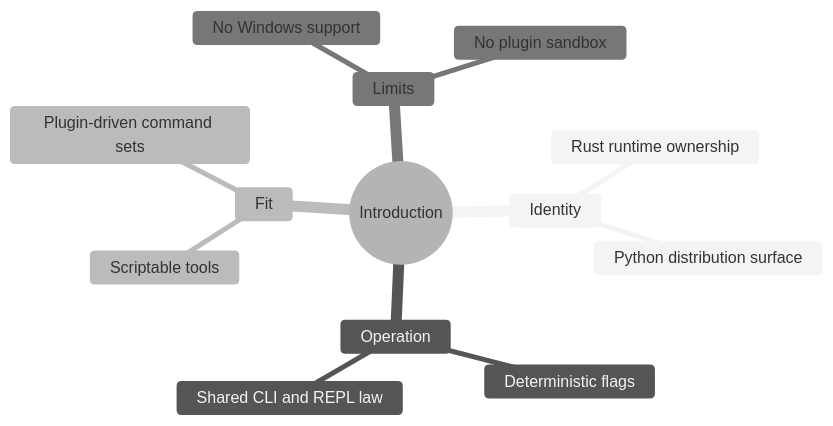
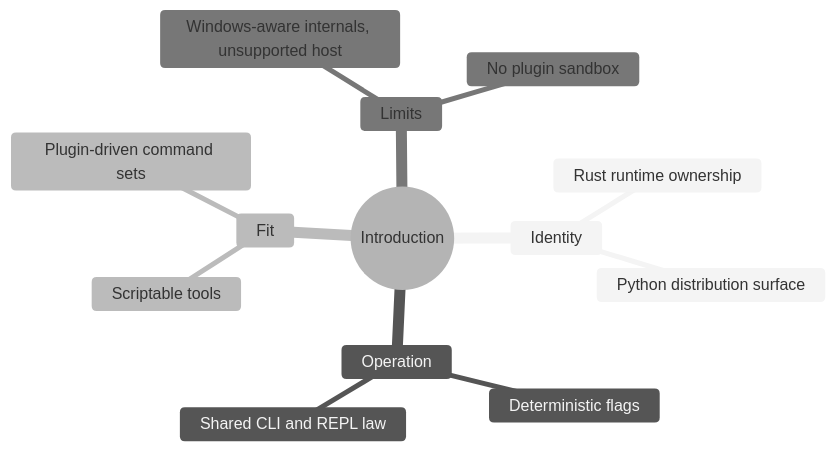
The second of 2 diagrams in docs/01-introduction/index.md (bijux/bijux-cli), drawn with Mermaid (neutral theme) before and after one commit. The commit also changed other lines of this file and 4 other files, not shown here.

Commit message:
docs(guides): explain windows support boundary honestly

````diff
--- a/docs/01-introduction/index.md
+++ b/docs/01-introduction/index.md
@@ -20,16 +20,16 @@
 ```mermaid
 mindmap
   root((Introduction))
     Identity
       Rust runtime ownership
       Python distribution surface
     Operation
       Deterministic flags
       Shared CLI and REPL law
     Fit
       Scriptable tools
       Plugin-driven command sets
     Limits
-      No Windows support
+      Windows-aware internals, unsupported host
       No plugin sandbox
 ```
````
